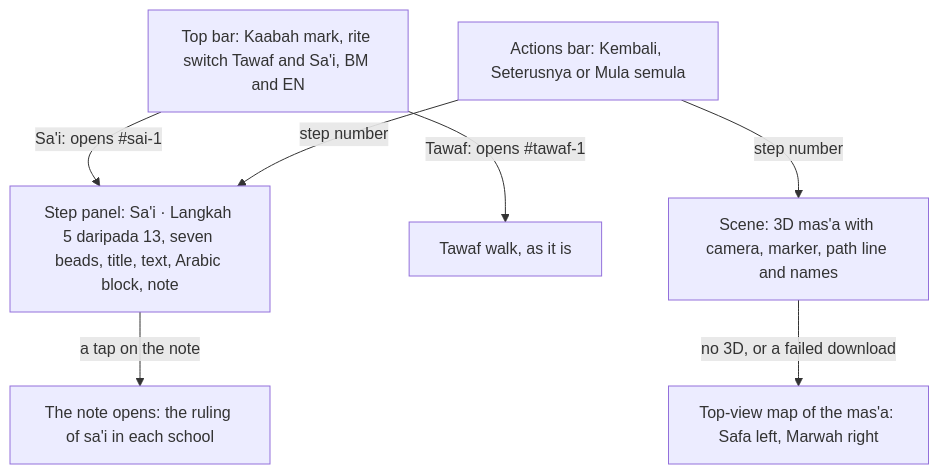
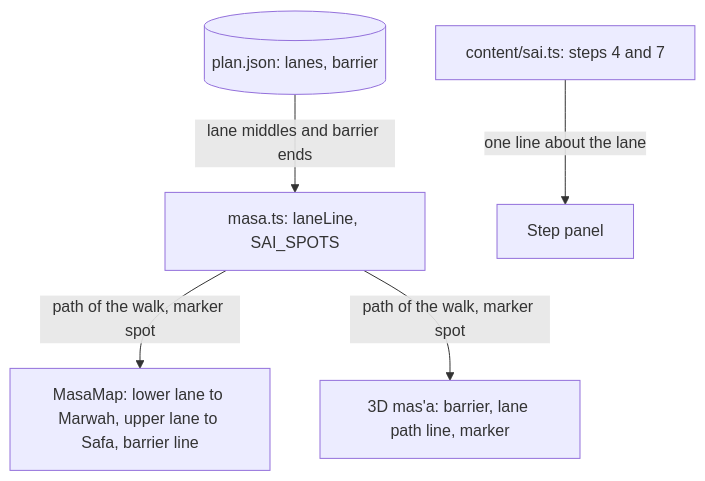
One commit to dzaffren/isfar changed the second of 4 diagrams in docs/specs/sai-walk.md. Above: the diagram before and after it, drawn with Mermaid. The commit also changed other lines of this file and 21 other files, not shown here.

First line of the commit message:
fix(sai): show the two one-way lanes of the mas'a (#6)

````diff
--- a/docs/specs/sai-walk.md
+++ b/docs/specs/sai-walk.md
@@ -238,9 +116,7 @@
 ```mermaid
 flowchart TB
-    B["Top bar: Kaabah mark, rite switch Tawaf and Sa'i, BM and EN"] -- "Sa'i: opens #sai-1" --> P["Step panel: Sa'i · Langkah 5 daripada 13, seven beads, title, text, Arabic block, note"]
-    B -- "Tawaf: opens #tawaf-1" --> T["Tawaf walk, as it is"]
-    A["Actions bar: Kembali, Seterusnya or Mula semula"] -- "step number" --> P
-    A -- "step number" --> S["Scene: 3D mas'a with camera, marker, path line and names"]
-    S -- "no 3D, or a failed download" --> M["Top-view map of the mas'a: Safa left, Marwah right"]
-    P -- "a tap on the note" --> N["The note opens: the ruling of sa'i in each school"]
+    PLAN[("plan.json: lanes, barrier")] -- "lane middles and barrier ends" --> SPOTS["masa.ts: laneLine, SAI_SPOTS"]
+    SPOTS -- "path of the walk, marker spot" --> MAP["MasaMap: lower lane to Marwah, upper lane to Safa, barrier line"]
+    SPOTS -- "path of the walk, marker spot" --> SCENE["3D mas'a: barrier, lane path line, marker"]
+    TEXT["content/sai.ts: steps 4 and 7"] -- "one line about the lane" --> PANEL["Step panel"]
 ```
````
